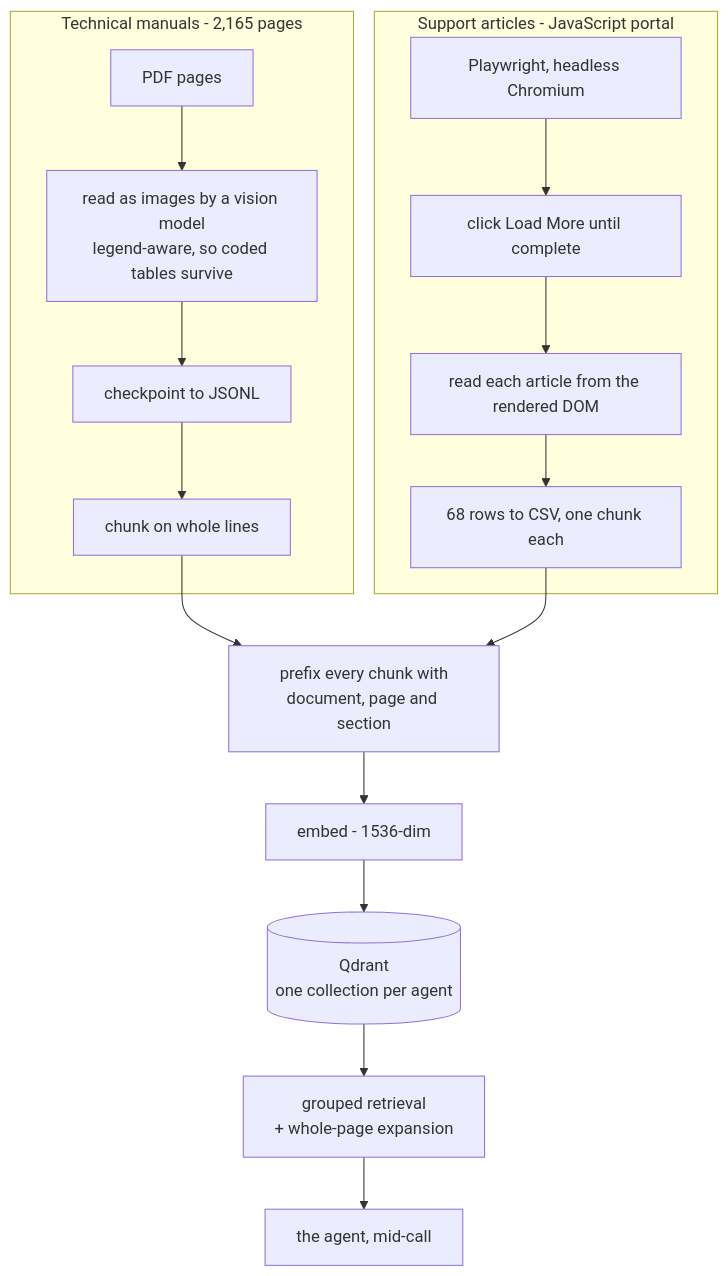
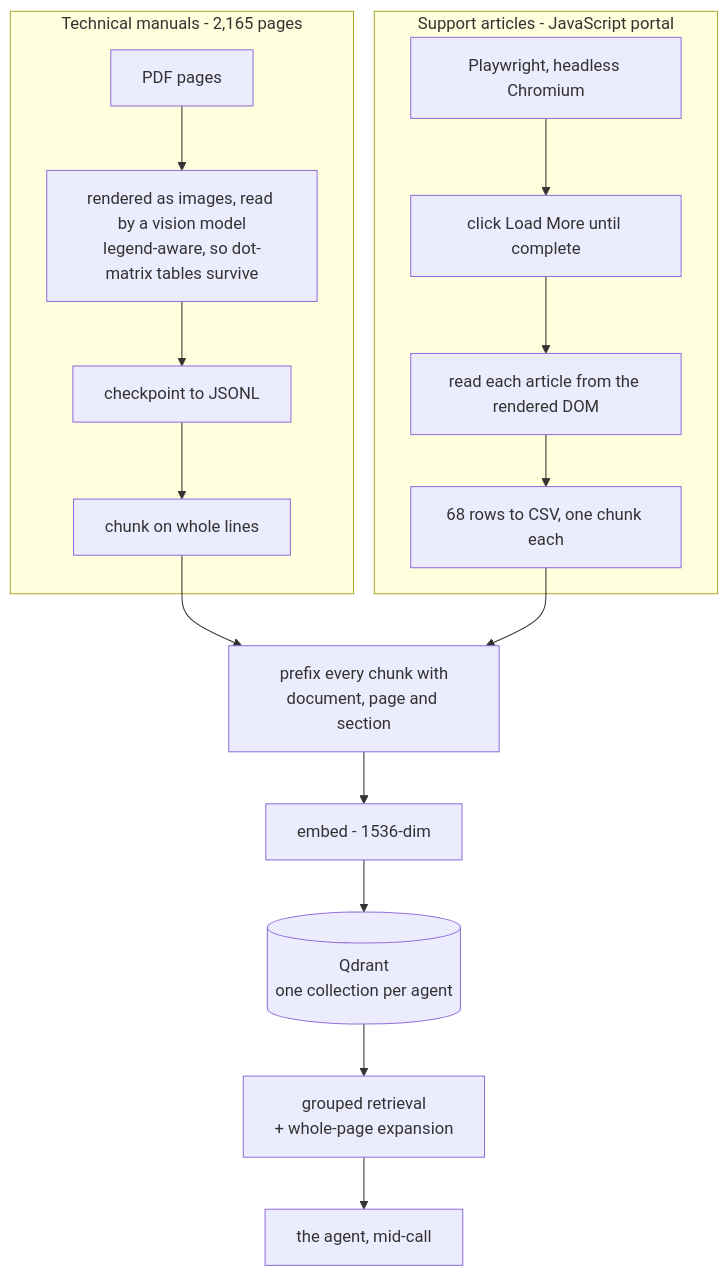
One commit to imarnv/Appello changed the sixth of 7 diagrams in README.md. Above: the diagram before and after it, drawn with Mermaid. The commit also changed other lines of this file and 3 other files, not shown here.

````diff
--- a/README.md
+++ b/README.md
@@ -304,21 +304,21 @@
 ```mermaid
 flowchart TB
     subgraph PDFs["Technical manuals - 2,165 pages"]
-        A1["PDF pages"] --> A2["read as images by a vision model<br/>legend-aware, so coded tables survive"]
+        A1["PDF pages"] --> A2["rendered as images, read by a vision model<br/>legend-aware, so dot-matrix tables survive"]
         A2 --> A3["checkpoint to JSONL"]
         A3 --> A4["chunk on whole lines"]
     end
 
     subgraph Web["Support articles - JavaScript portal"]
         B1["Playwright, headless Chromium"] --> B2["click Load More until complete"]
         B2 --> B3["read each article from the rendered DOM"]
         B3 --> B4["68 rows to CSV, one chunk each"]
     end
 
     A4 --> H["prefix every chunk with<br/>document, page and section"]
     B4 --> H
     H --> E["embed - 1536-dim"]
     E --> Q[("Qdrant<br/>one collection per agent")]
     Q --> R["grouped retrieval<br/>+ whole-page expansion"]
     R --> AG["the agent, mid-call"]
 ```
````
